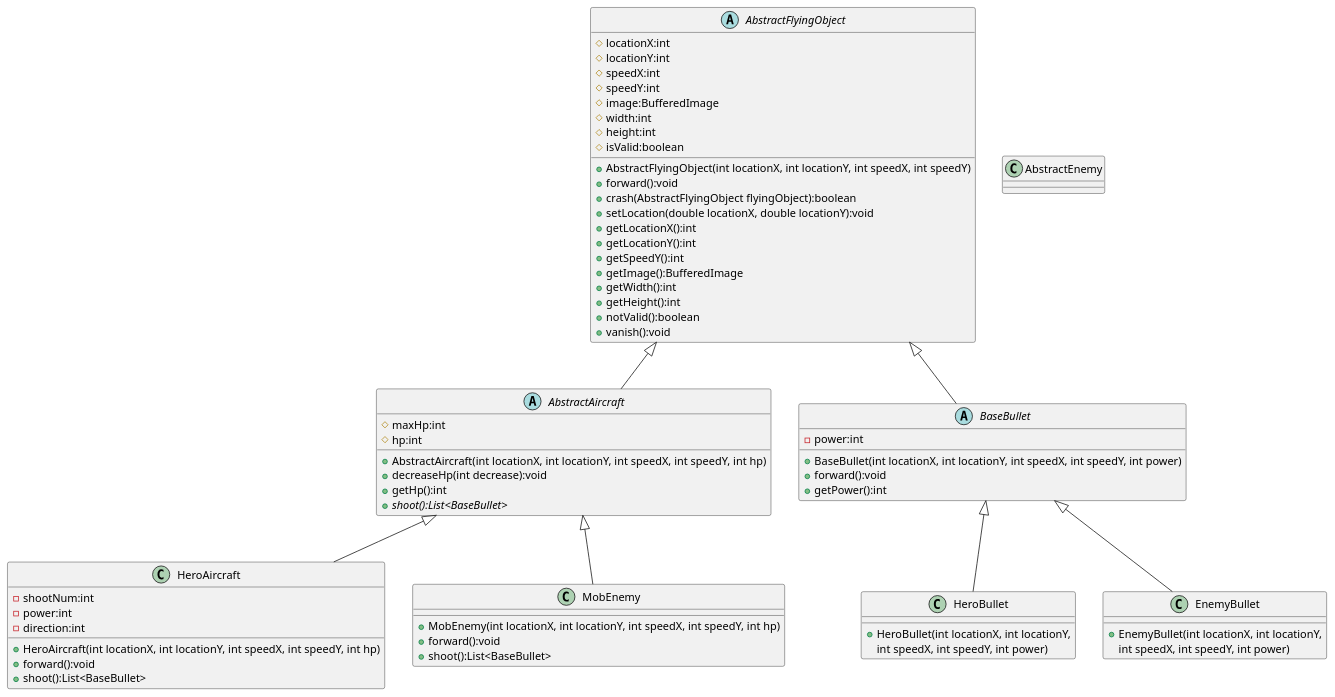
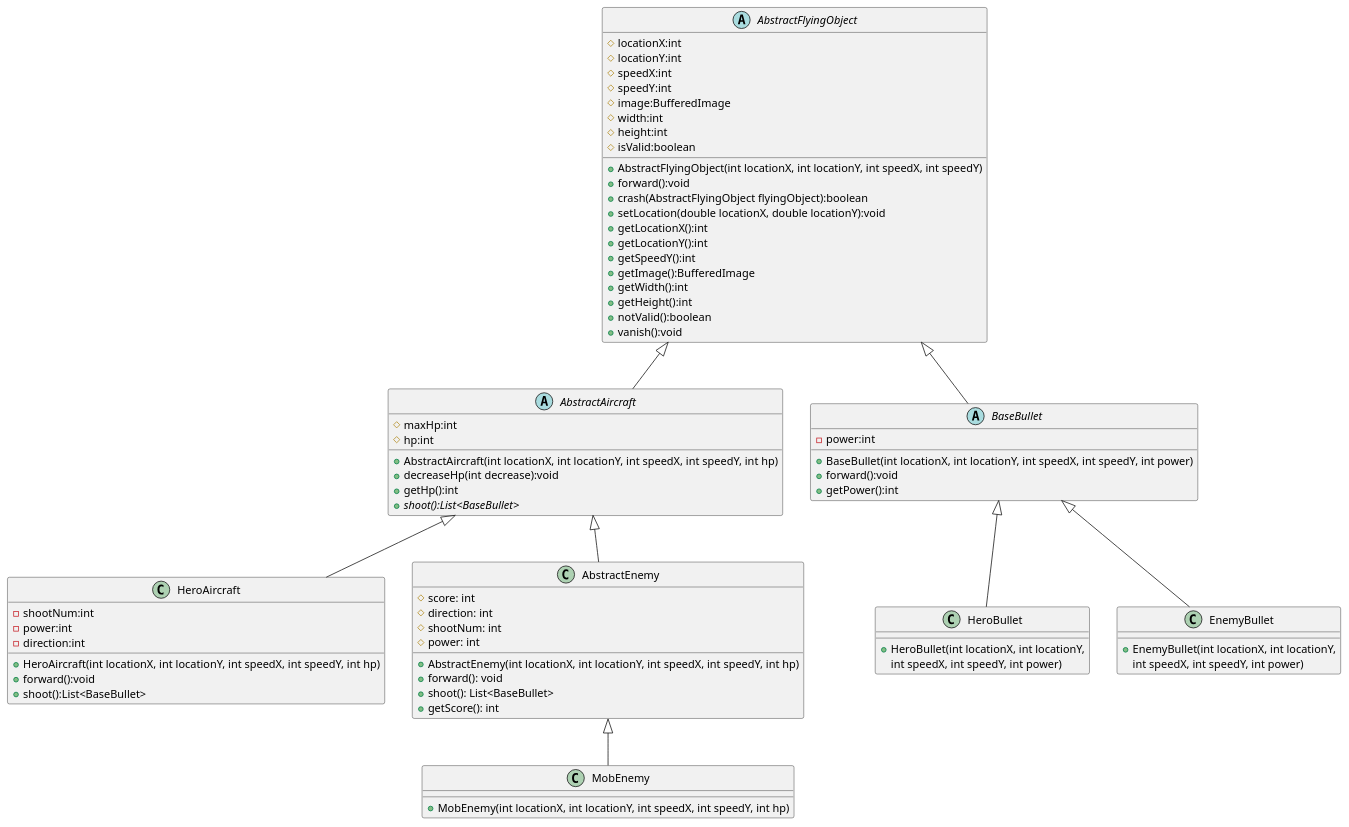
The diagram in uml/Inheritence.puml (ChillyHigh/AircraftWar), drawn with PlantUML before and after one commit. The commit also changed 3 other files, not shown here.

Commit message:
refactor: 添加 AbstractEnemy 抽象类，修改 MobEnemy 实现类继承自前者，更新 UML 图

```diff
--- a/uml/Inheritence.puml
+++ b/uml/Inheritence.puml
@@ -1,85 +1,93 @@
 @startuml
 'https://plantuml.com/class-diagram
 
 abstract class AbstractFlyingObject
 {
     # locationX:int
     # locationY:int
     # speedX:int
     # speedY:int
     # image:BufferedImage
     # width:int
     # height:int
     # isValid:boolean
 
     + AbstractFlyingObject(int locationX, int locationY, int speedX, int speedY)
     + forward():void
     + crash(AbstractFlyingObject flyingObject):boolean
     + setLocation(double locationX, double locationY):void
     + getLocationX():int
     + getLocationY():int
     + getSpeedY():int
     + getImage():BufferedImage
     + getWidth():int
     + getHeight():int
     + notValid():boolean
     + vanish():void
 }
 abstract class AbstractAircraft
 {
 	# maxHp:int
     # hp:int
     + AbstractAircraft(int locationX, int locationY, int speedX, int speedY, int hp)
     + decreaseHp(int decrease):void
     + getHp():int
     + {abstract} shoot():List<BaseBullet>
  }
 
 
 class HeroAircraft {
     - shootNum:int
     - power:int
     - direction:int
     + HeroAircraft(int locationX, int locationY, int speedX, int speedY, int hp)
     + forward():void
     + shoot():List<BaseBullet>
 }
 
 AbstractAircraft <|-- HeroAircraft
 
 class AbstractEnemy {
+    # score: int
+    # direction: int
+    # shootNum: int
+    # power: int
+    + AbstractEnemy(int locationX, int locationY, int speedX, int speedY, int hp)
+    + forward(): void
+    + shoot(): List<BaseBullet>
+    + getScore(): int
+
 }
 
+AbstractAircraft <|-- AbstractEnemy
 
 class MobEnemy {
     + MobEnemy(int locationX, int locationY, int speedX, int speedY, int hp)
-    + forward():void
-    + shoot():List<BaseBullet>
 }
-AbstractAircraft <|-- MobEnemy
+AbstractEnemy <|-- MobEnemy
 
 abstract class BaseBullet
 {
     - power:int
     + BaseBullet(int locationX, int locationY, int speedX, int speedY, int power)
     + forward():void
 	+ getPower():int
 }
 
 class HeroBullet {
     + HeroBullet(int locationX, int locationY,
      int speedX, int speedY, int power)
 }
 
 class EnemyBullet {
     + EnemyBullet(int locationX, int locationY,
      int speedX, int speedY, int power)
 }
 
 BaseBullet <|-- HeroBullet
 BaseBullet <|-- EnemyBullet
 
 AbstractFlyingObject <|-- AbstractAircraft
 AbstractFlyingObject <|-- BaseBullet
 
 @enduml
```
